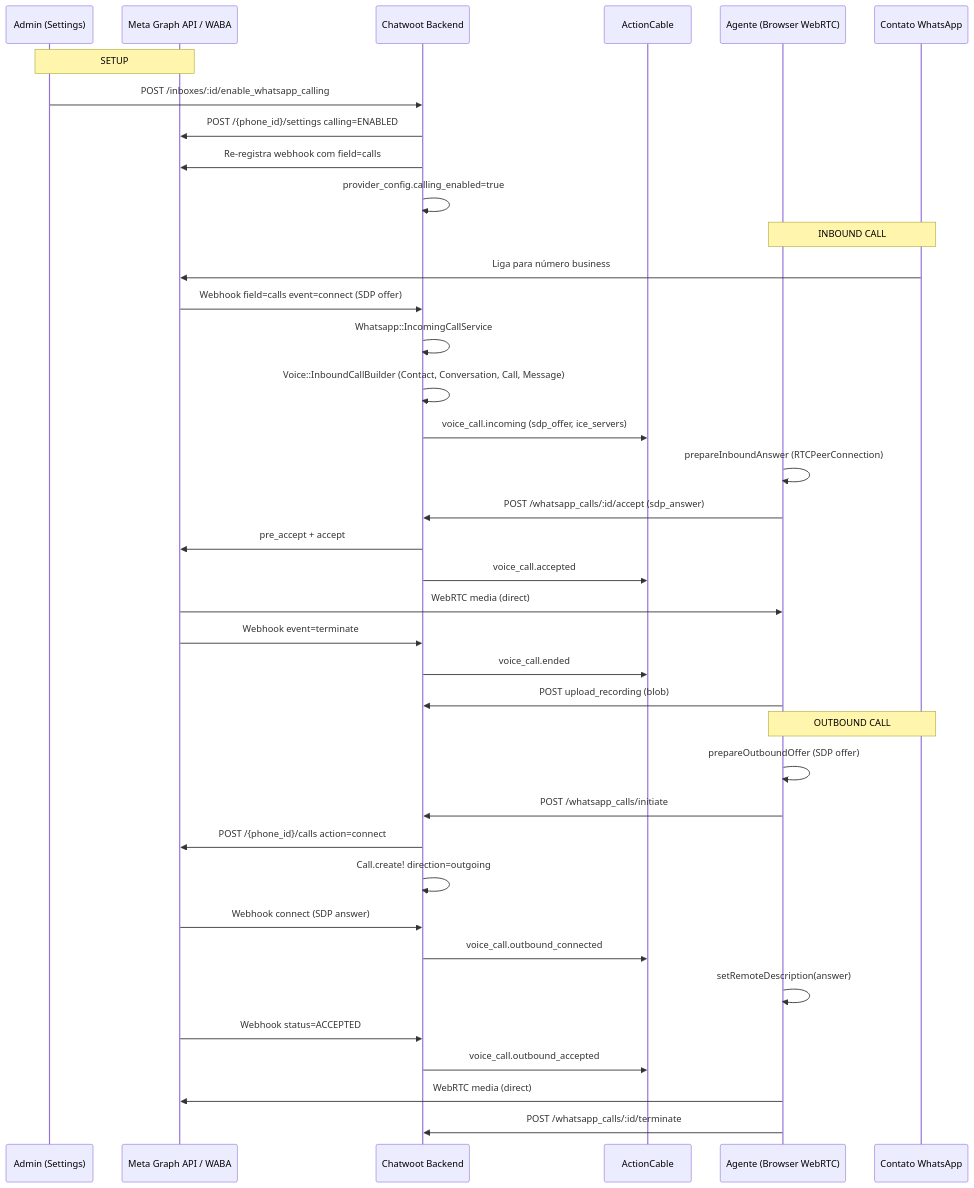
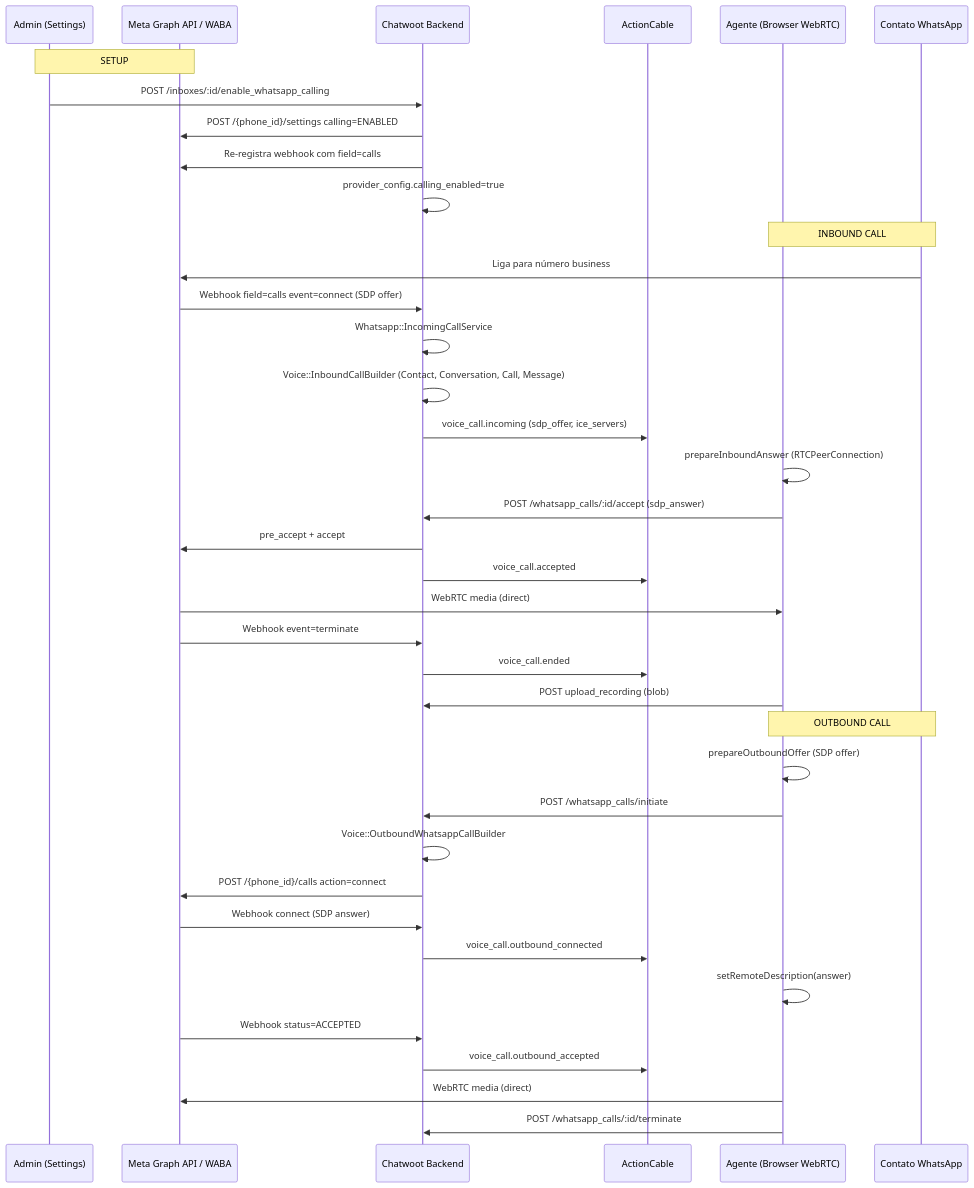
The first of 2 diagrams in doc/feature/whatsapp-voice/architecture-and-flow.md (cesar-carlos/chatwoot), drawn with Mermaid before and after one commit. The commit also changed other lines of this file and 4 other files, not shown here.

````diff
--- a/doc/feature/whatsapp-voice/architecture-and-flow.md
+++ b/doc/feature/whatsapp-voice/architecture-and-flow.md
@@ -56,43 +57,43 @@
 ```mermaid
 sequenceDiagram
     participant Admin as Admin (Settings)
     participant Meta as Meta Graph API / WABA
     participant CW as Chatwoot Backend
     participant Cable as ActionCable
     participant Agent as Agente (Browser WebRTC)
     participant Contact as Contato WhatsApp
 
     Note over Admin,Meta: SETUP
     Admin->>CW: POST /inboxes/:id/enable_whatsapp_calling
     CW->>Meta: POST /{phone_id}/settings calling=ENABLED
     CW->>Meta: Re-registra webhook com field=calls
     CW->>CW: provider_config.calling_enabled=true
 
     Note over Contact,Agent: INBOUND CALL
     Contact->>Meta: Liga para número business
     Meta->>CW: Webhook field=calls event=connect (SDP offer)
     CW->>CW: Whatsapp::IncomingCallService
     CW->>CW: Voice::InboundCallBuilder (Contact, Conversation, Call, Message)
     CW->>Cable: voice_call.incoming (sdp_offer, ice_servers)
     Agent->>Agent: prepareInboundAnswer (RTCPeerConnection)
     Agent->>CW: POST /whatsapp_calls/:id/accept (sdp_answer)
     CW->>Meta: pre_accept + accept
     CW->>Cable: voice_call.accepted
     Meta->>Agent: WebRTC media (direct)
     Meta->>CW: Webhook event=terminate
     CW->>Cable: voice_call.ended
     Agent->>CW: POST upload_recording (blob)
 
     Note over Agent,Contact: OUTBOUND CALL
     Agent->>Agent: prepareOutboundOffer (SDP offer)
     Agent->>CW: POST /whatsapp_calls/initiate
+    CW->>CW: Voice::OutboundWhatsappCallBuilder
     CW->>Meta: POST /{phone_id}/calls action=connect
-    CW->>CW: Call.create! direction=outgoing
     Meta->>CW: Webhook connect (SDP answer)
     CW->>Cable: voice_call.outbound_connected
     Agent->>Agent: setRemoteDescription(answer)
     Meta->>CW: Webhook status=ACCEPTED
     CW->>Cable: voice_call.outbound_accepted
     Agent->>Meta: WebRTC media (direct)
     Agent->>CW: POST /whatsapp_calls/:id/terminate
 ```
````
